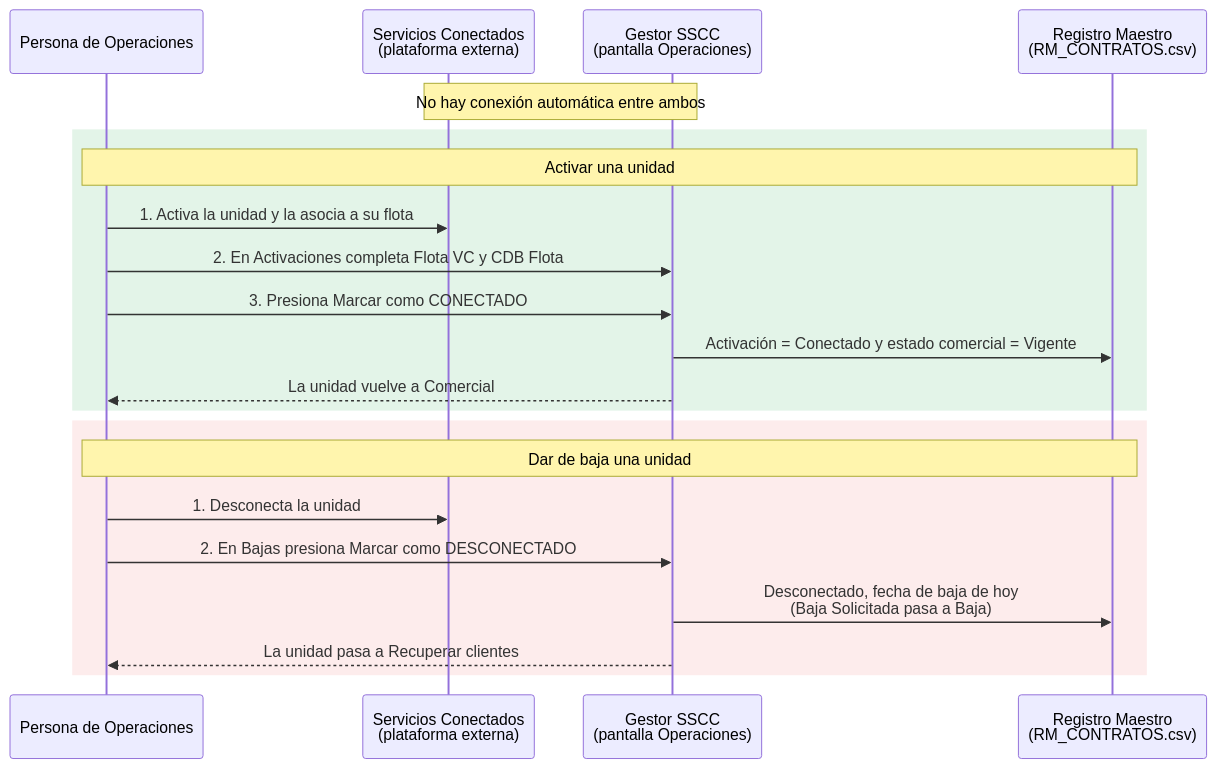
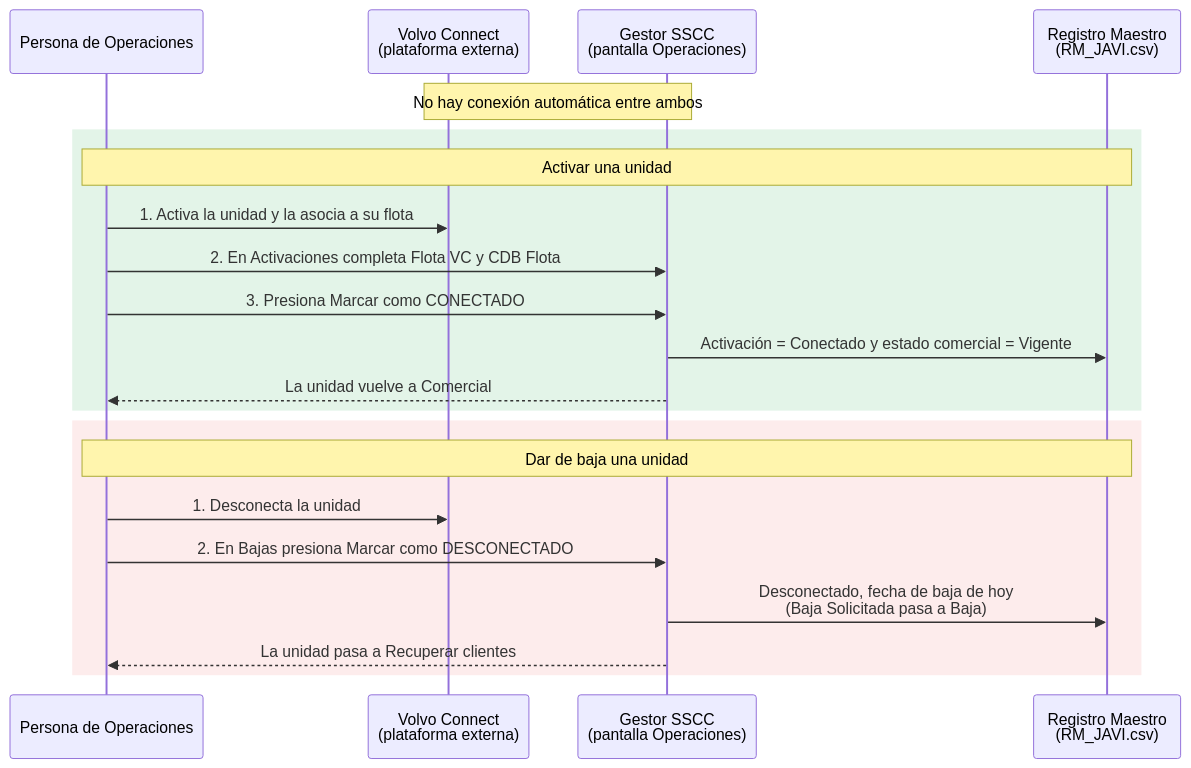
One commit to felipeMon20/PTY4614-302-EQUIPO-2 changed the fifth of 31 diagrams in Fase 2/Evidencias Proyecto/Evidencias de documentación/docs/08. Arquitectura Visual y Diagramas.md. Above: the diagram before and after it, drawn with Mermaid. The commit also changed other lines of this file and 229 other files, not shown here.

````diff
--- a/Fase 2/Evidencias Proyecto/Evidencias de documentación/docs/08. Arquitectura Visual y Diagramas.md
+++ b/Fase 2/Evidencias Proyecto/Evidencias de documentación/docs/08. Arquitectura Visual y Diagramas.md
@@ -169,23 +169,23 @@
 ```mermaid
 sequenceDiagram
     participant OP as Persona de Operaciones
-    participant VC as Servicios Conectados<br/>(plataforma externa)
+    participant VC as Volvo Connect<br/>(plataforma externa)
     participant APP as Gestor SSCC<br/>(pantalla Operaciones)
-    participant RM as Registro Maestro<br/>(RM_CONTRATOS.csv)
+    participant RM as Registro Maestro<br/>(RM_JAVI.csv)
     Note over VC,APP: No hay conexión automática entre ambos
     rect rgb(227,244,232)
     Note over OP,RM: Activar una unidad
     OP->>VC: 1. Activa la unidad y la asocia a su flota
     OP->>APP: 2. En Activaciones completa Flota VC y CDB Flota
     OP->>APP: 3. Presiona Marcar como CONECTADO
     APP->>RM: Activación = Conectado y estado comercial = Vigente
     APP-->>OP: La unidad vuelve a Comercial
     end
     rect rgb(253,236,236)
     Note over OP,RM: Dar de baja una unidad
     OP->>VC: 1. Desconecta la unidad
     OP->>APP: 2. En Bajas presiona Marcar como DESCONECTADO
     APP->>RM: Desconectado, fecha de baja de hoy<br/>(Baja Solicitada pasa a Baja)
     APP-->>OP: La unidad pasa a Recuperar clientes
     end
 ```
````
